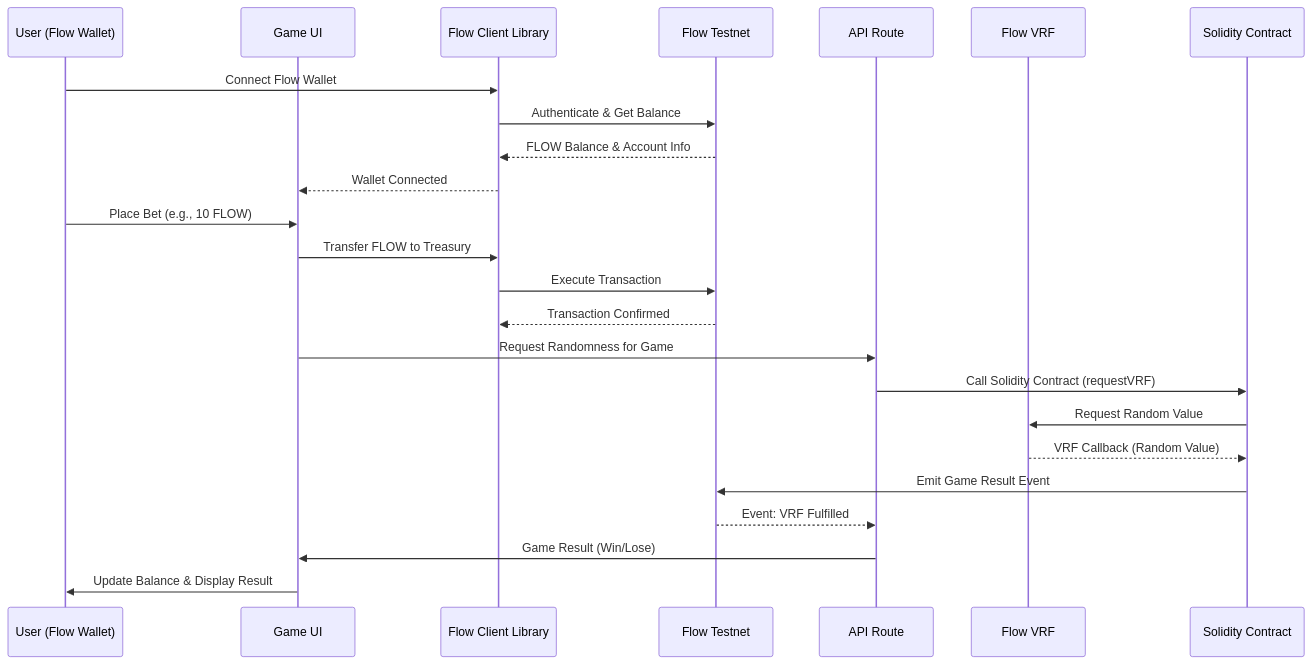
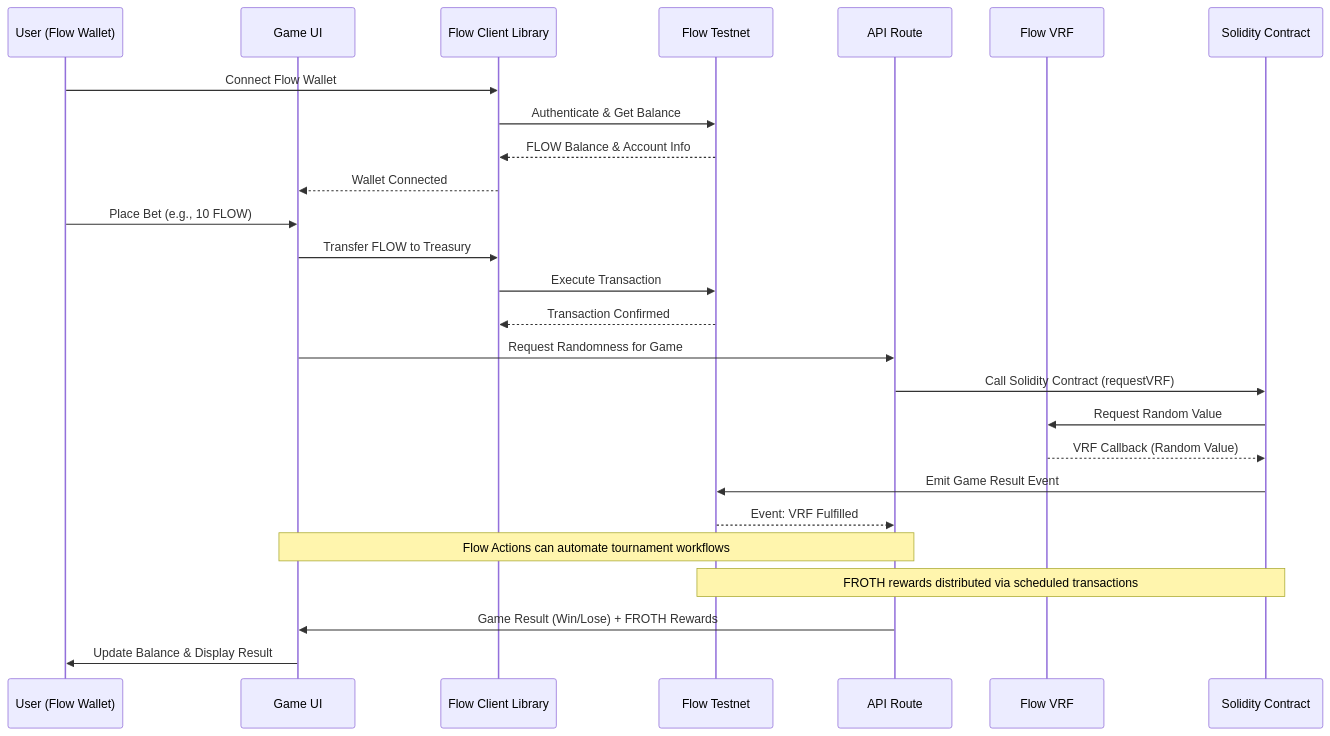
Before and after one commit to AmaanSayyad/APT-Casino-Flow: the diagram in README.md, drawn with Mermaid. The commit also changed other lines of this file, not shown here.

````diff
--- a/README.md
+++ b/README.md
@@ -160,30 +195,33 @@
 ```mermaid
 sequenceDiagram
     participant U as User (Flow Wallet)
     participant UI as Game UI
     participant FCL as Flow Client Library
     participant FT as Flow Testnet
     participant API as API Route
     participant FVRF as Flow VRF
     participant SC as Solidity Contract
     
     U->>FCL: Connect Flow Wallet
     FCL->>FT: Authenticate & Get Balance
     FT-->>FCL: FLOW Balance & Account Info
     FCL-->>UI: Wallet Connected
     
     U->>UI: Place Bet (e.g., 10 FLOW)
     UI->>FCL: Transfer FLOW to Treasury
     FCL->>FT: Execute Transaction
     FT-->>FCL: Transaction Confirmed
     
     UI->>API: Request Randomness for Game
     API->>SC: Call Solidity Contract (requestVRF)
     SC->>FVRF: Request Random Value
     FVRF-->>SC: VRF Callback (Random Value)
     SC->>FT: Emit Game Result Event
     FT-->>API: Event: VRF Fulfilled
-    API->>UI: Game Result (Win/Lose)
-    
+
+    Note over UI,API: Flow Actions can automate tournament workflows
+    Note over SC,FT: FROTH rewards distributed via scheduled transactions
+
+    API->>UI: Game Result (Win/Lose) + FROTH Rewards
     UI->>U: Update Balance & Display Result
 ```
````
